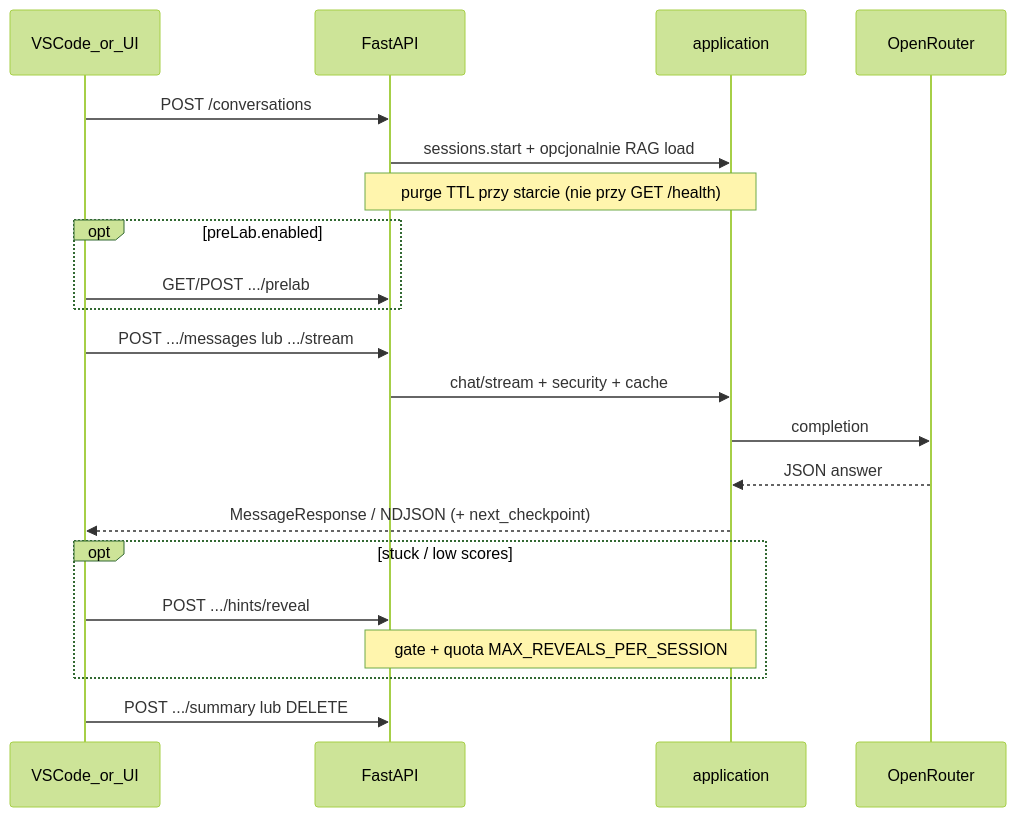
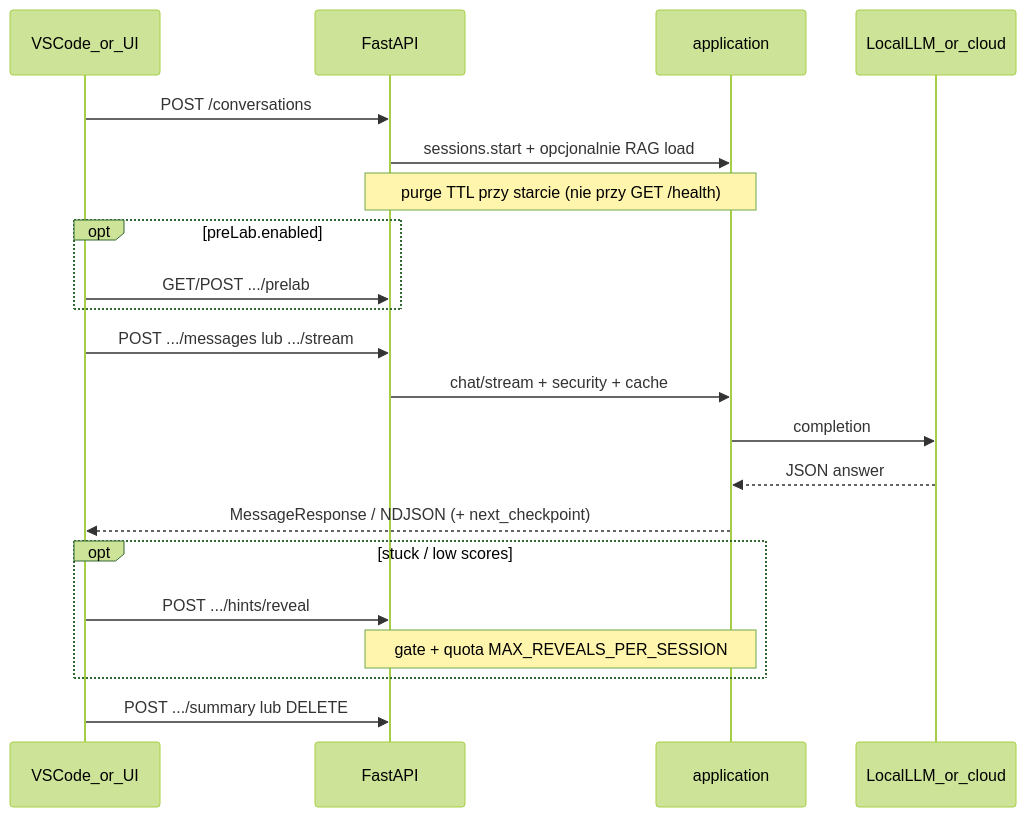
Before and after one commit to PJASensei-Flipped-Classroom/PJA-Sensei-AI: the diagram in docs/ARCHITECTURE.md, drawn with Mermaid (forest theme). The commit also changed other lines of this file and 21 other files, not shown here.

````diff
--- a/docs/ARCHITECTURE.md
+++ b/docs/ARCHITECTURE.md
@@ -44,24 +44,24 @@
 ```mermaid
 sequenceDiagram
   participant Client as VSCode_or_UI
   participant API as FastAPI
   participant App as application
-  participant LLM as OpenRouter
+  participant LLM as LocalLLM_or_cloud
 
   Client->>API: POST /conversations
   API->>App: sessions.start + opcjonalnie RAG load
   Note over API,App: purge TTL przy starcie (nie przy GET /health)
   opt preLab.enabled
     Client->>API: GET/POST .../prelab
   end
   Client->>API: POST .../messages lub .../stream
   API->>App: chat/stream + security + cache
   App->>LLM: completion
   LLM-->>App: JSON answer
   App-->>Client: MessageResponse / NDJSON (+ next_checkpoint)
   opt stuck / low scores
     Client->>API: POST .../hints/reveal
     Note over API,App: gate + quota MAX_REVEALS_PER_SESSION
   end
   Client->>API: POST .../summary lub DELETE
 ```
````
